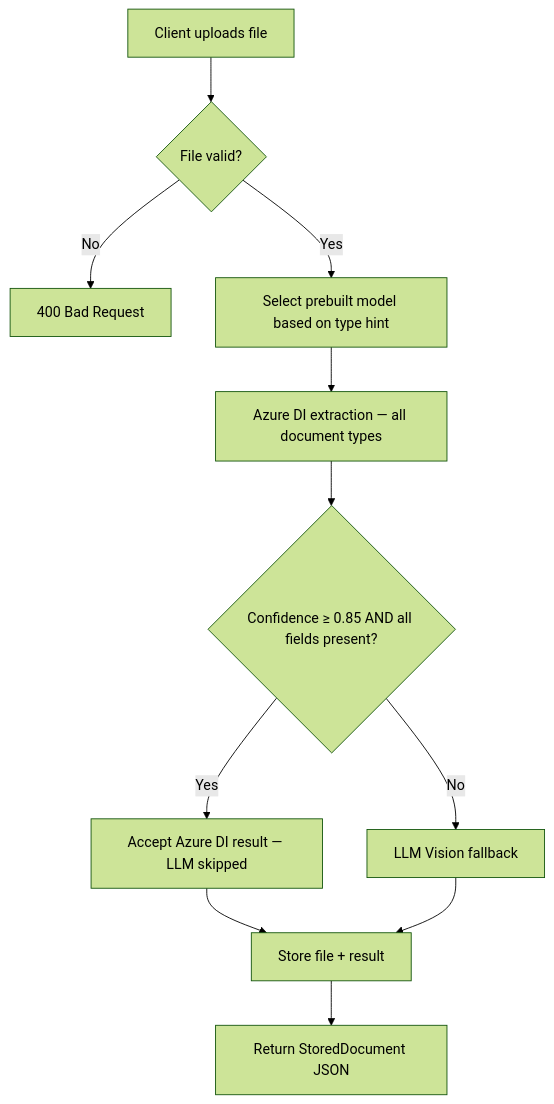
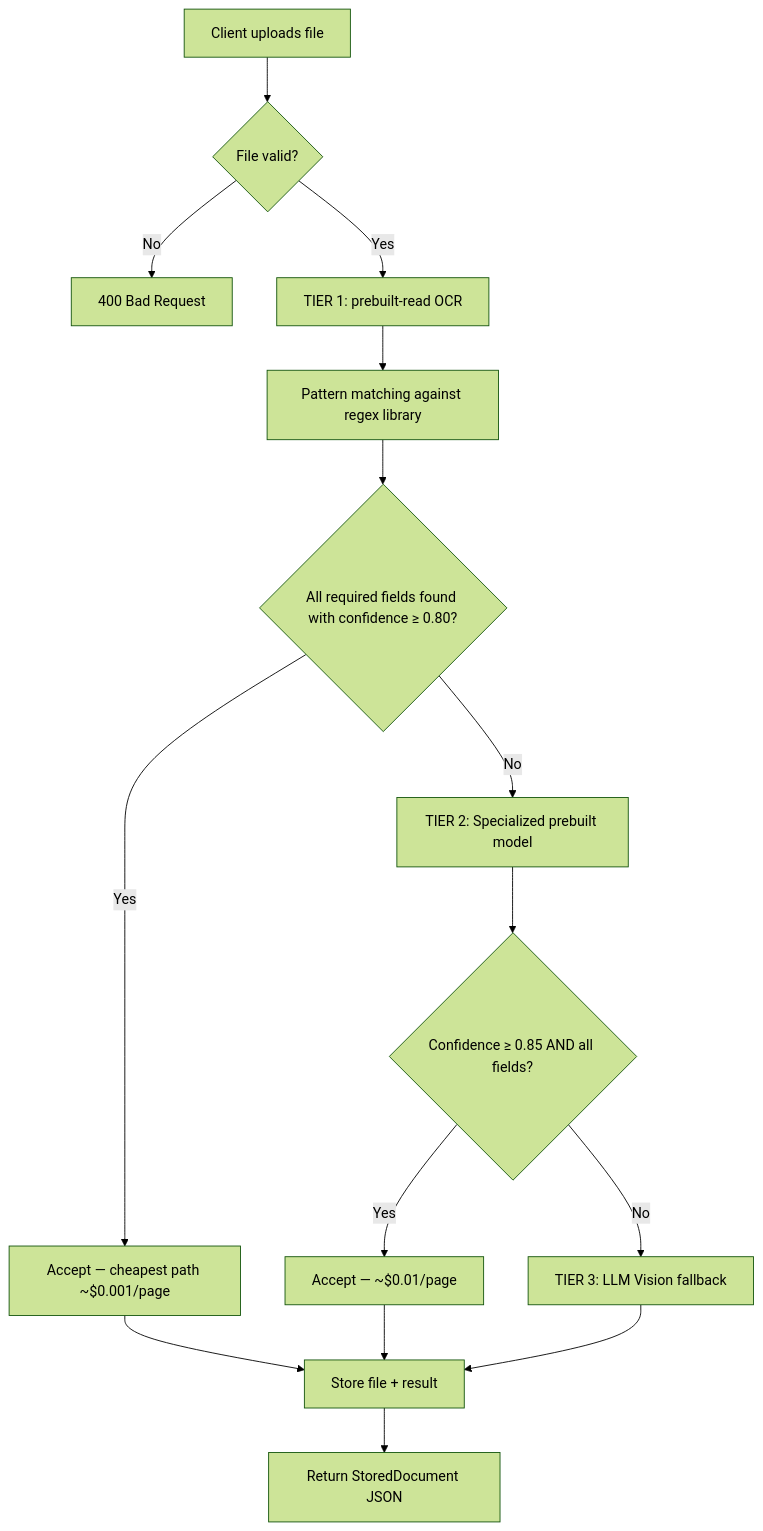
One commit to harsha9099/document-intelligence-api changed the first of 9 diagrams in README.md. Above: the diagram before and after it, drawn with Mermaid (forest theme). The commit also changed other lines of this file and 5 other files, not shown here.

First line of the commit message:
Implement 3-tier smart extraction: patterns → specialized DI → LLM

````diff
--- a/README.md
+++ b/README.md
@@ -53,13 +58,17 @@
 ```mermaid
 flowchart TD
     A[Client uploads file] --> B{File valid?}
     B -->|No| C[400 Bad Request]
-    B -->|Yes| D[Select prebuilt model based on type hint]
-    D --> E[Azure DI extraction — all document types]
-    E --> F{Confidence ≥ 0.85 AND all fields present?}
-    F -->|Yes| G[Accept Azure DI result — LLM skipped]
-    F -->|No| H[LLM Vision fallback]
-    G --> I[Store file + result]
-    H --> I
-    I --> J[Return StoredDocument JSON]
+    B -->|Yes| D[TIER 1: prebuilt-read OCR]
+    D --> E[Pattern matching against regex library]
+    E --> F{All required fields found with confidence ≥ 0.80?}
+    F -->|Yes| G[Accept — cheapest path ~$0.001/page]
+    F -->|No| H[TIER 2: Specialized prebuilt model]
+    H --> I{Confidence ≥ 0.85 AND all fields?}
+    I -->|Yes| J[Accept — ~$0.01/page]
+    I -->|No| K[TIER 3: LLM Vision fallback]
+    G --> L[Store file + result]
+    J --> L
+    K --> L
+    L --> M[Return StoredDocument JSON]
 ```
````
